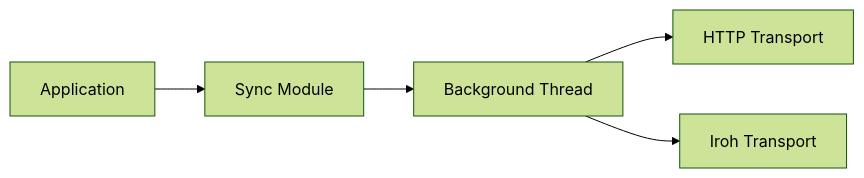
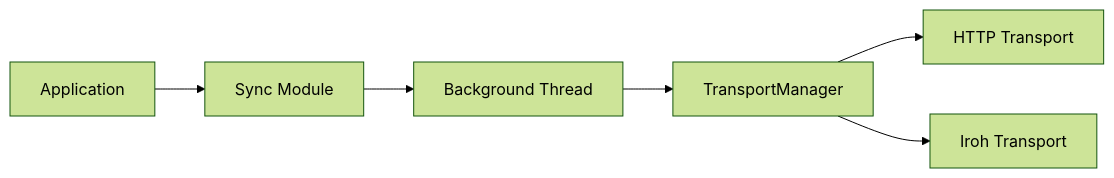
The second of 2 diagrams in docs/src/internal/sync.md (arcuru/eidetica), drawn with Mermaid (forest theme) before and after one commit. The commit also changed other lines of this file and 4 other files, not shown here.

````diff
--- a/docs/src/internal/sync.md
+++ b/docs/src/internal/sync.md
@@ -39,7 +39,8 @@
 ```mermaid
 graph LR
     App[Application] --> Sync[Sync Module]
     Sync --> BG[Background Thread]
-    BG --> HTTP[HTTP Transport]
-    BG --> Iroh[Iroh Transport]
+    BG --> TM[TransportManager]
+    TM --> HTTP[HTTP Transport]
+    TM --> Iroh[Iroh Transport]
 ```
````
